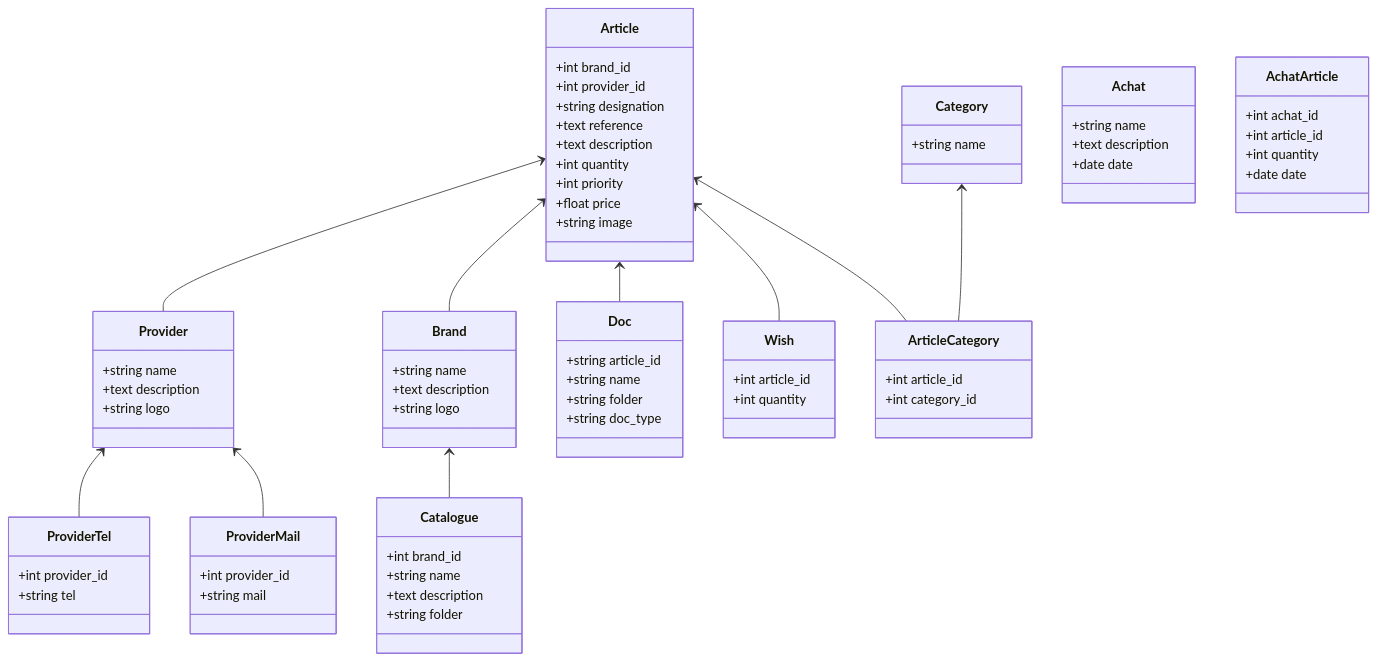
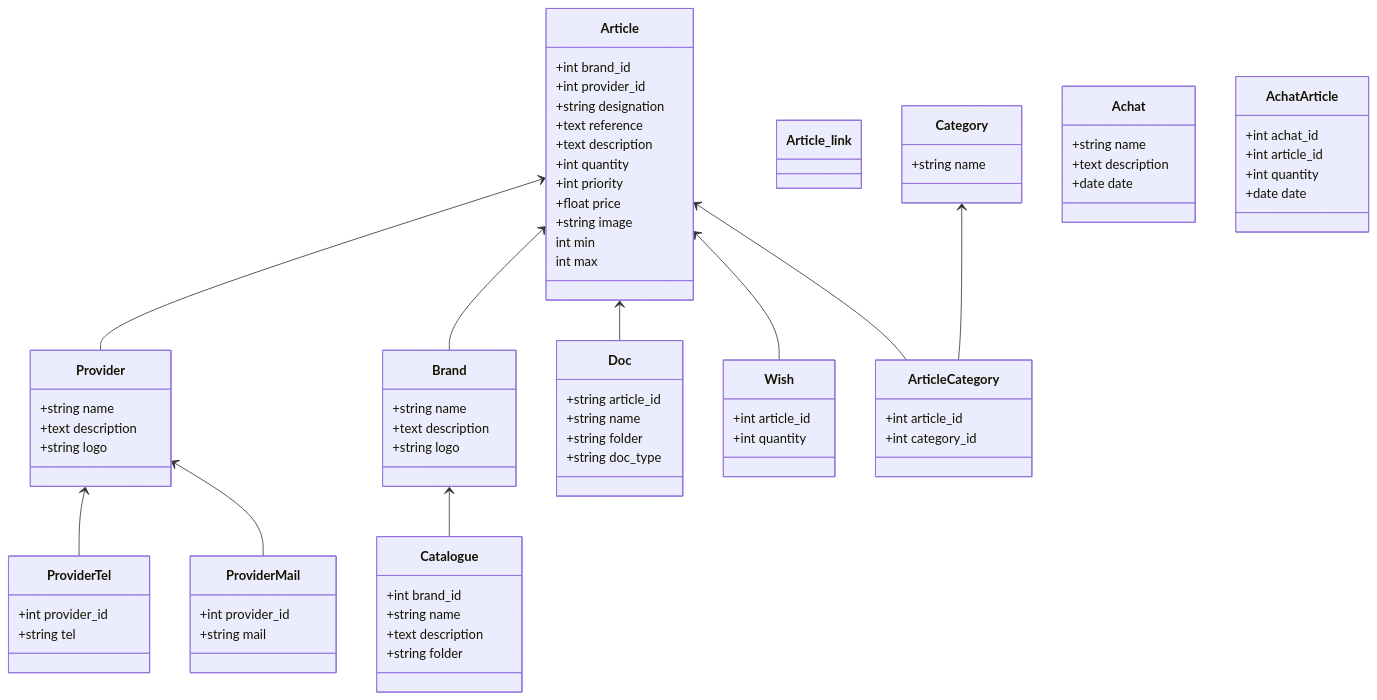
One commit to desmond8500/Dash3 changed the diagram in database/docs/06_Stock.md. Above: the diagram before and after it, drawn with Mermaid. The commit also changed 6 other files, not shown here.

```diff
--- a/database/docs/06_Stock.md
+++ b/database/docs/06_Stock.md
@@ -18,7 +18,15 @@
     +int priority
     +float price
     +string image
+    int min
+    int max
 }
+
+class Article_link{
+    
+}
+
+
 Article <-- Provider
 Article <-- Brand
 Article <-- Doc
```
